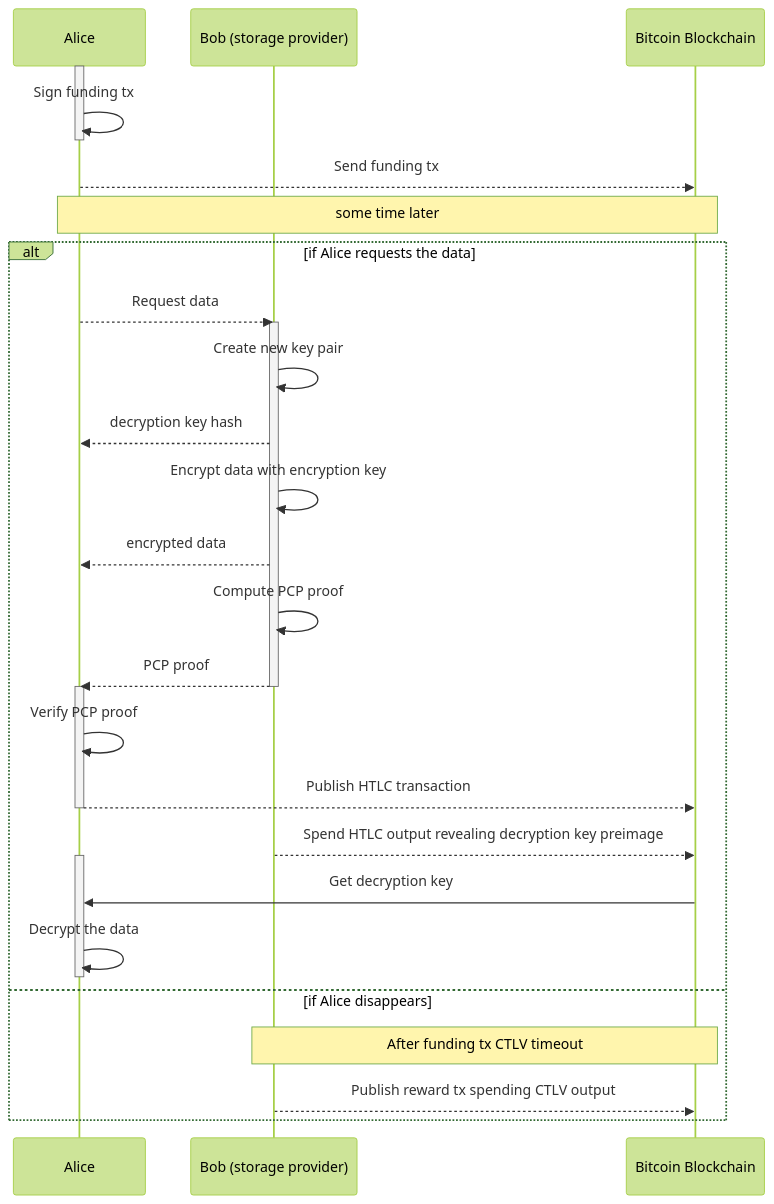
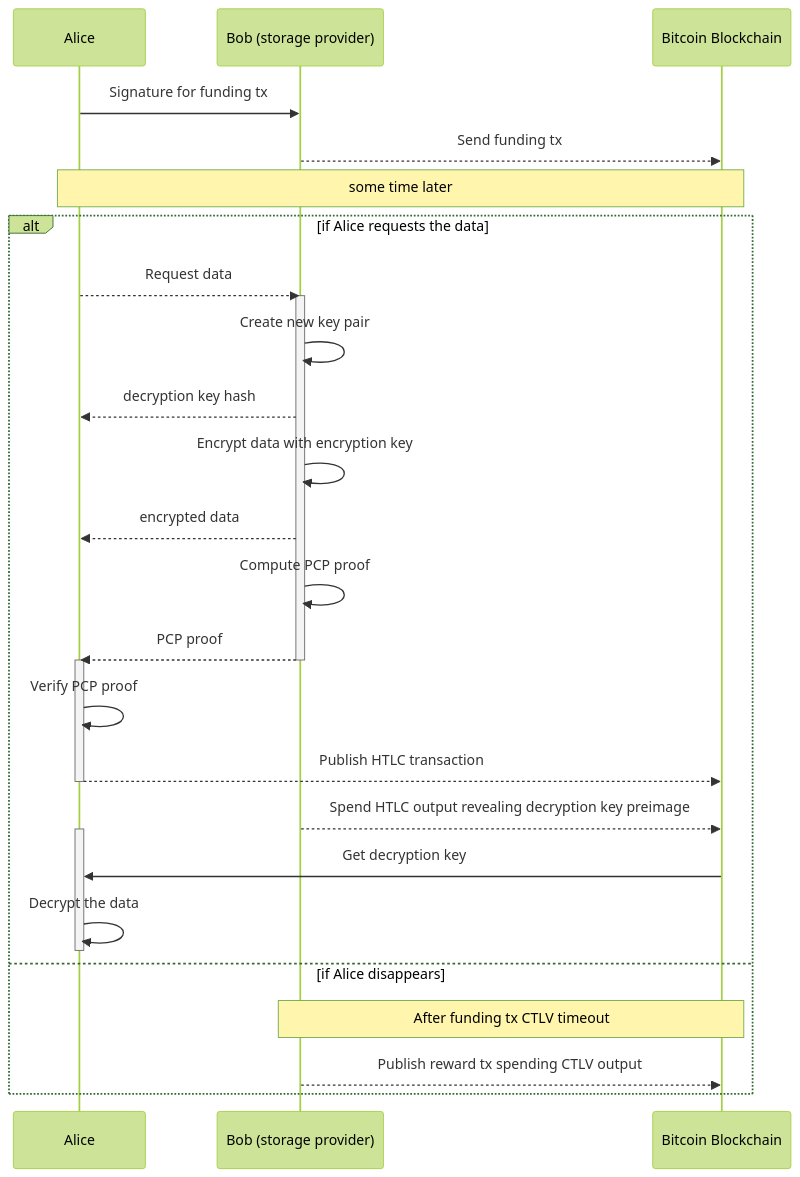
The diagram in assets/simple_settlement_sequence.mermaid (Storm-WG/storm-spec), drawn with Mermaid (forest theme) before and after one commit. The commit also changed 5 other files, not shown here.

```diff
--- a/assets/simple_settlement_sequence.mermaid
+++ b/assets/simple_settlement_sequence.mermaid
@@ -1,32 +1,30 @@
 sequenceDiagram
     participant A as Alice
     participant B as Bob (storage provider)
     participant BB as Bitcoin Blockchain
-    activate A
-    A->>A: Sign funding tx
-    deactivate A
-    A-->>BB: Send funding tx
+    A->>B: Signature for funding tx
+    B-->>BB: Send funding tx
     Note over A, BB: some time later
   alt if Alice requests the data
     A-->>B: Request data
     activate B
     B->>B: Create new key pair
     B-->>A: decryption key hash
     B->>B: Encrypt data with encryption key
     B-->>A: encrypted data
     B->>B: Compute PCP proof
     B-->>A: PCP proof
     deactivate B
     activate A
     A->>A: Verify PCP proof
     A-->>BB: Publish HTLC transaction
     deactivate A
     B-->>BB: Spend HTLC output revealing decryption key preimage
     activate A
     BB->>A: Get decryption key
     A->>A: Decrypt the data
     deactivate A
   else if Alice disappears
     Note over B, BB: After funding tx CTLV timeout
     B-->>BB: Publish reward tx spending CTLV output
   end
```
